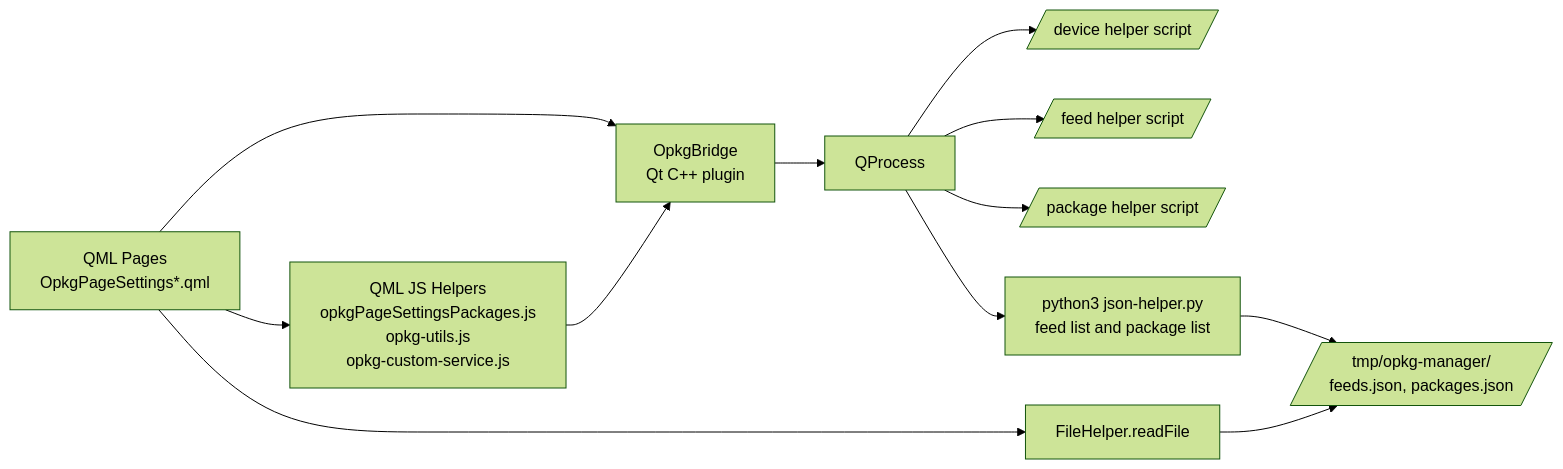
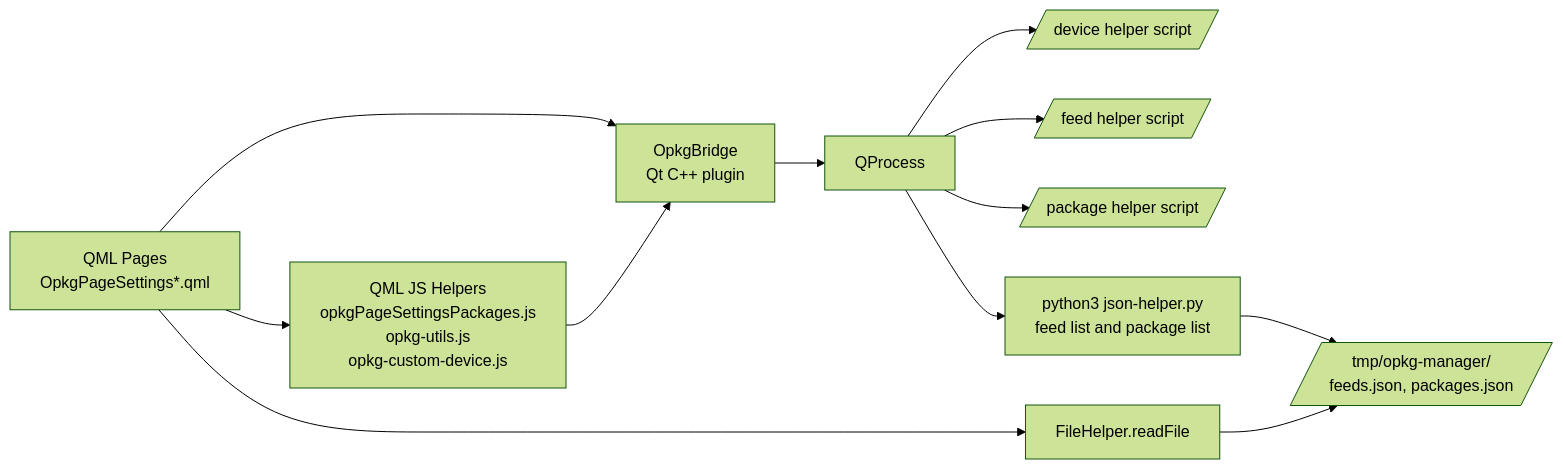
One commit to thespinmaster/venus-os changed the first of 4 diagrams in addons/opkg-manager/docs/mermaid-diagrams.md. Above: the diagram before and after it, drawn with Mermaid (forest theme). The commit also changed 890 other files, not shown here.

````diff
--- a/addons/opkg-manager/docs/mermaid-diagrams.md
+++ b/addons/opkg-manager/docs/mermaid-diagrams.md
@@ -9,16 +9,16 @@
 ```mermaid
 flowchart LR
-    UI[QML Pages\nOpkgPageSettings*.qml] --> VMJS[QML JS Helpers\nopkgPageSettingsPackages.js\nopkg-utils.js\nopkg-custom-service.js]
+    UI[QML Pages\nOpkgPageSettings*.qml] --> VMJS[QML JS Helpers\nopkgPageSettingsPackages.js\nopkg-utils.js\nopkg-custom-device.js]
     UI --> BRIDGE[OpkgBridge\nQt C++ plugin]
     VMJS --> BRIDGE
 
     BRIDGE --> PROC[QProcess]
     PROC --> DEV[/device helper script/]
     PROC --> FEED[/feed helper script/]
     PROC --> PKG[/package helper script/]
     PROC --> PY[python3 json-helper.py\nfeed list and package list]
 
     PY --> CACHE[/tmp/opkg-manager/\nfeeds.json, packages.json/]
     UI --> FILE[FileHelper.readFile]
     FILE --> CACHE
 ```
````
